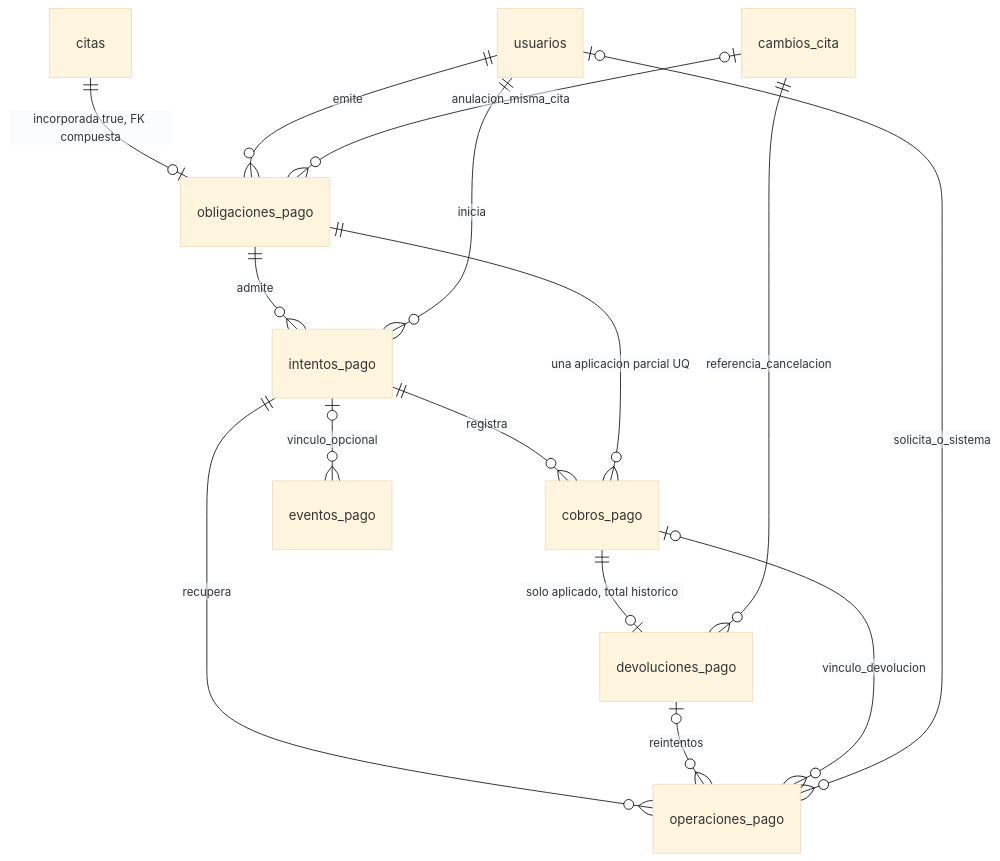
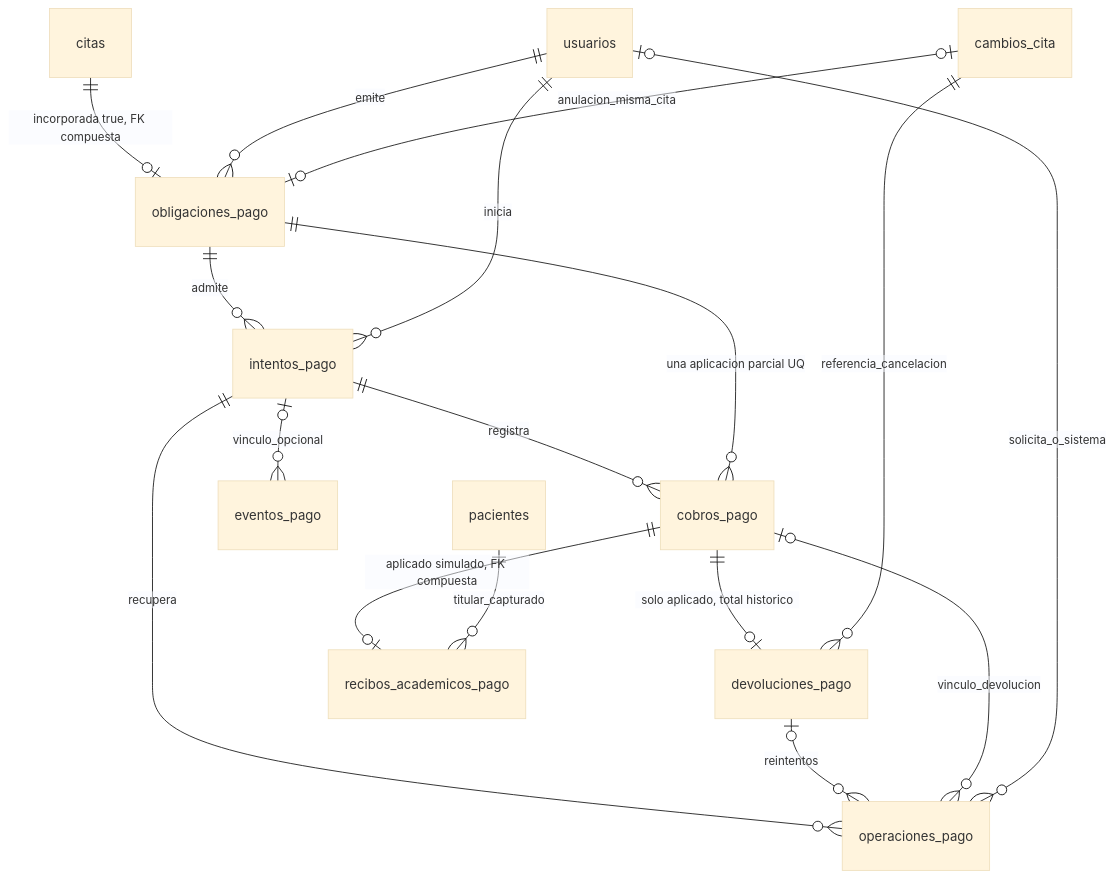
The diagram in docs/ai/diagrama-entidad-relacion.md (CreepyBowDev/clinica-vida-salud), drawn with Mermaid (base theme) before and after one commit. The commit also changed other lines of this file and 27 other files, not shown here.

````diff
--- a/docs/ai/diagrama-entidad-relacion.md
+++ b/docs/ai/diagrama-entidad-relacion.md
@@ -7,17 +9,19 @@
 ```mermaid
 erDiagram
     citas ||--o| obligaciones_pago : "incorporada true, FK compuesta"
     usuarios ||--o{ obligaciones_pago : emite
-    cambios_cita o|--o{ obligaciones_pago : anulacion_misma_cita
+    cambios_cita o|--o| obligaciones_pago : anulacion_misma_cita
     obligaciones_pago ||--o{ intentos_pago : admite
     usuarios ||--o{ intentos_pago : inicia
     intentos_pago ||--o{ cobros_pago : registra
     obligaciones_pago ||--o{ cobros_pago : "una aplicacion parcial UQ"
     cobros_pago ||--o| devoluciones_pago : "solo aplicado, total historico"
     cambios_cita ||--o{ devoluciones_pago : referencia_cancelacion
     intentos_pago ||--o{ operaciones_pago : recupera
     devoluciones_pago o|--o{ operaciones_pago : reintentos
     cobros_pago o|--o{ operaciones_pago : vinculo_devolucion
     usuarios o|--o{ operaciones_pago : solicita_o_sistema
     intentos_pago o|--o{ eventos_pago : vinculo_opcional
+    cobros_pago ||--o| recibos_academicos_pago : "aplicado simulado, FK compuesta"
+    pacientes ||--o{ recibos_academicos_pago : titular_capturado
 ```
````
